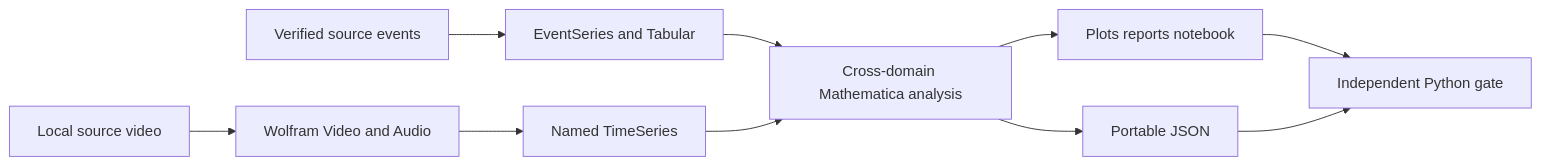
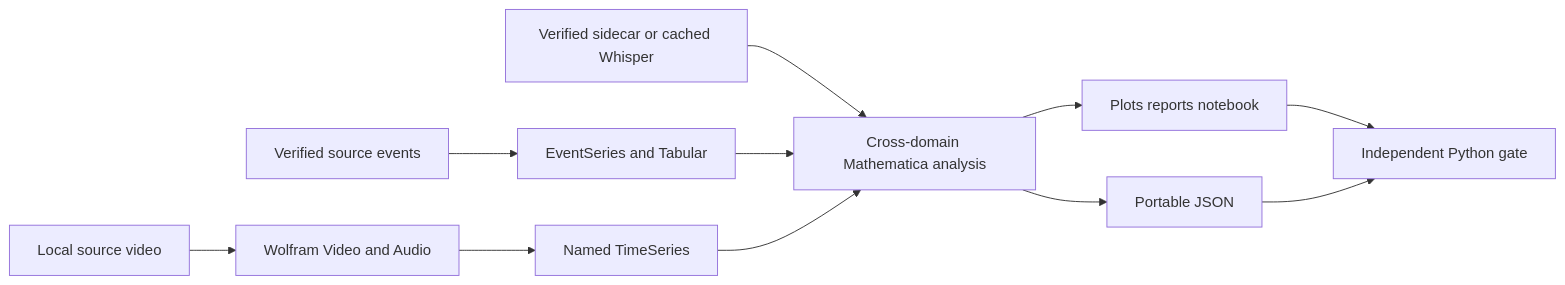
Before and after one commit to KG-khangelani/babelapha: the first of 2 diagrams in Documentation/mathematica/leverage-roadmap.md, drawn with Mermaid. The commit also changed other lines of this file and 10 other files, not shown here.

````diff
--- a/Documentation/mathematica/leverage-roadmap.md
+++ b/Documentation/mathematica/leverage-roadmap.md
@@ -9,12 +9,13 @@
 ```mermaid
 flowchart LR
     V[Local source video] --> M[Wolfram Video and Audio]
+    S[Verified sidecar or cached Whisper] --> X
     E[Verified source events] --> D[EventSeries and Tabular]
     M --> T[Named TimeSeries]
     D --> X[Cross-domain Mathematica analysis]
     T --> X
     X --> A[Plots reports notebook]
     X --> J[Portable JSON]
     A --> G[Independent Python gate]
     J --> G
 ```
````
